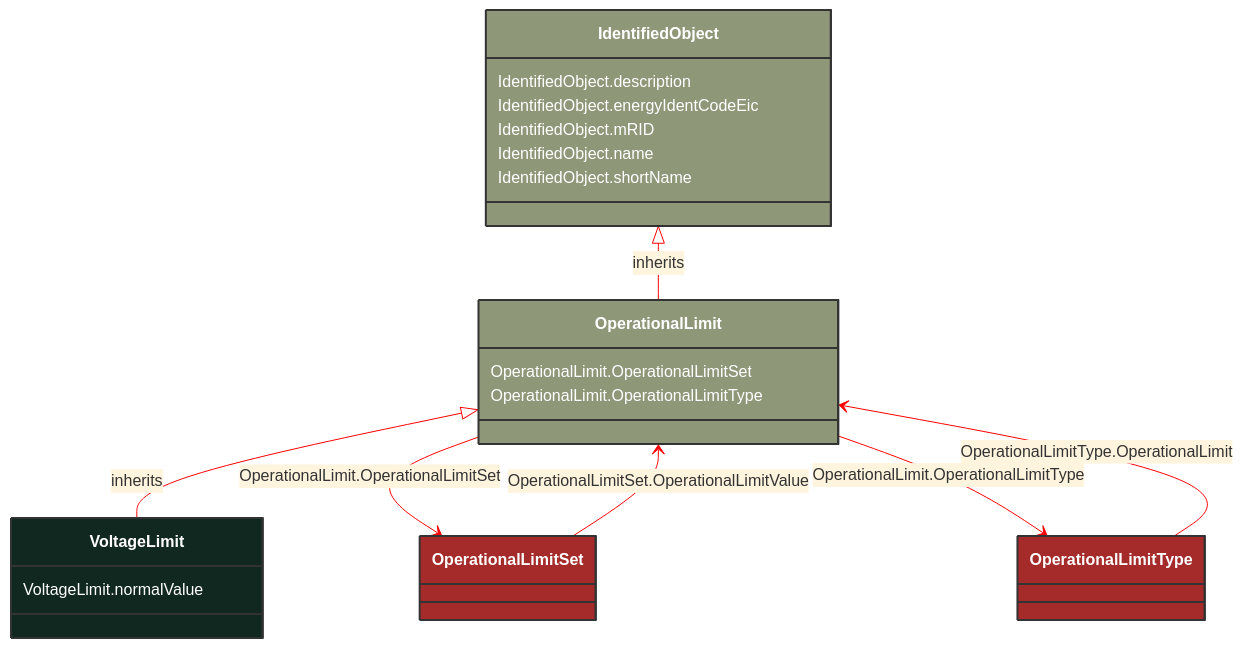
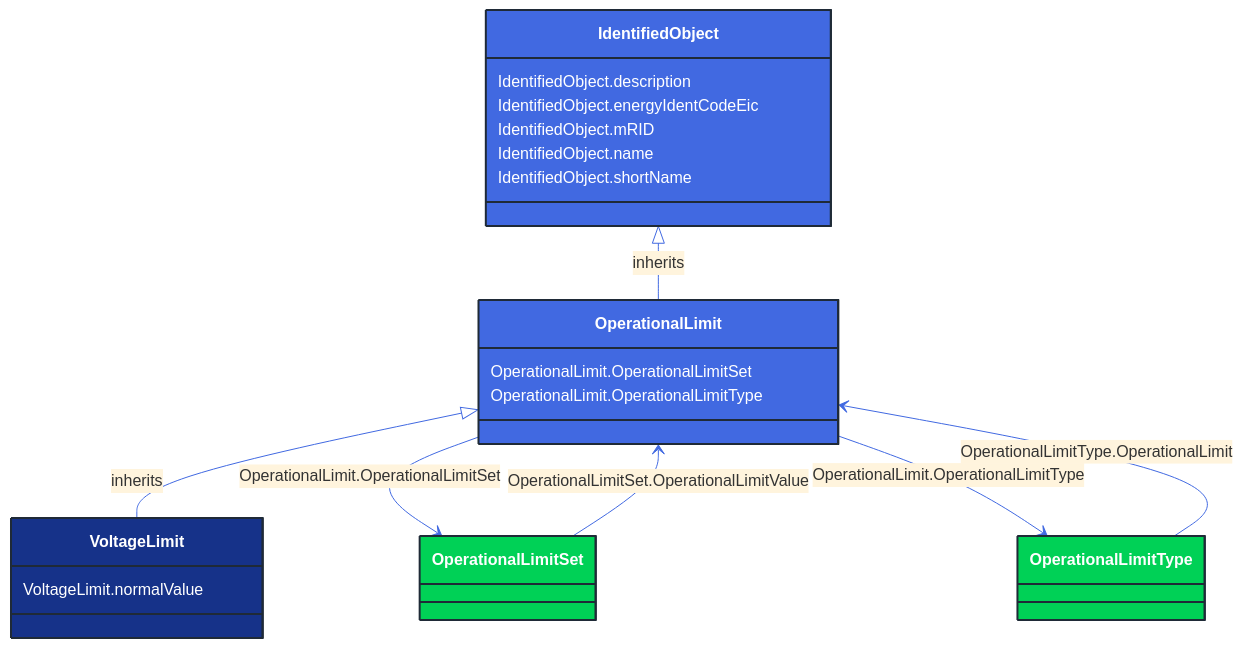
The diagram in docs/Models/Profiles/CoreEquipment/ConcreteClasses/VoltageLimit.md (3lbits/NoCIMExtensions), drawn with Mermaid before and after one commit. The commit also changed 362 other files, not shown here.

First line of the commit message:
Update diagrams and styles for improved visual consistency

````diff
--- a/docs/Models/Profiles/CoreEquipment/ConcreteClasses/VoltageLimit.md
+++ b/docs/Models/Profiles/CoreEquipment/ConcreteClasses/VoltageLimit.md
@@ -9,48 +9,48 @@
 ```mermaid
-%%{init: {'theme':'base','themeVariables': {'lineColor': '#FF0000'}}}%%
+%%{init: {'theme':'base','themeVariables': {'lineColor': '#4169E1'}}}%%
 classDiagram
     class VoltageLimit
     click VoltageLimit href "/Models/Profiles/CoreEquipment/ConcreteClasses/VoltageLimit/"
-    style VoltageLimit fill:#102820,stroke:#333,stroke-width:2px,rx:10,ry:10,color:white
+    style VoltageLimit fill:#163289,stroke:#1F2A37,stroke-width:2px,rx:10,ry:10,color:white
      
         OperationalLimit <|-- VoltageLimit : inherits
             click OperationalLimit href "/Models/Profiles/CoreEquipment/AbstractClasses/OperationalLimit/"
-            style OperationalLimit fill:#8F9779,stroke:#333,stroke-width:2px,rx:10,ry:10,color:white
+            style OperationalLimit fill:#4169E1,stroke:#1F2A37,stroke-width:2px,rx:10,ry:10,color:white
      
         IdentifiedObject <|-- OperationalLimit : inherits
             click IdentifiedObject href "/Models/Profiles/CoreEquipment/AbstractClasses/IdentifiedObject/"
-            style IdentifiedObject fill:#8F9779,stroke:#333,stroke-width:2px,rx:10,ry:10,color:white
+            style IdentifiedObject fill:#4169E1,stroke:#1F2A37,stroke-width:2px,rx:10,ry:10,color:white
 
         OperationalLimit --> OperationalLimitSet : OperationalLimit.OperationalLimitSet
 
         OperationalLimitSet
             click OperationalLimitSet href "/Models/Profiles/CoreEquipment/ConcreteClasses/OperationalLimitSet/"
-            style OperationalLimitSet fill:#A52A2A,stroke:#333,stroke-width:2px,rx:10,ry:10,color:white
+            style OperationalLimitSet fill:#00D156,stroke:#1F2A37,stroke-width:2px,rx:10,ry:10,color:white
         OperationalLimit --> OperationalLimitType : OperationalLimit.OperationalLimitType
 
         OperationalLimitType
             click OperationalLimitType href "/Models/Profiles/CoreEquipment/ConcreteClasses/OperationalLimitType/"
-            style OperationalLimitType fill:#A52A2A,stroke:#333,stroke-width:2px,rx:10,ry:10,color:white
+            style OperationalLimitType fill:#00D156,stroke:#1F2A37,stroke-width:2px,rx:10,ry:10,color:white
 
         OperationalLimitSet --> OperationalLimit : OperationalLimitSet.OperationalLimitValue
 
         OperationalLimitSet
             click OperationalLimitSet href "/Models/Profiles/CoreEquipment/ConcreteClasses/OperationalLimitSet/"
-            style OperationalLimitSet fill:#A52A2A,stroke:#333,stroke-width:2px,rx:10,ry:10,color:white
+            style OperationalLimitSet fill:#00D156,stroke:#1F2A37,stroke-width:2px,rx:10,ry:10,color:white
 
         OperationalLimitType --> OperationalLimit : OperationalLimitType.OperationalLimit
 
         OperationalLimitType
             click OperationalLimitType href "/Models/Profiles/CoreEquipment/ConcreteClasses/OperationalLimitType/"
-            style OperationalLimitType fill:#A52A2A,stroke:#333,stroke-width:2px,rx:10,ry:10,color:white
+            style OperationalLimitType fill:#00D156,stroke:#1F2A37,stroke-width:2px,rx:10,ry:10,color:white
 
 
         VoltageLimit : VoltageLimit.normalValue
         OperationalLimit : OperationalLimit.OperationalLimitSet
         OperationalLimit : OperationalLimit.OperationalLimitType
         IdentifiedObject : IdentifiedObject.description
         IdentifiedObject : IdentifiedObject.energyIdentCodeEic
         IdentifiedObject : IdentifiedObject.mRID
         IdentifiedObject : IdentifiedObject.name
         IdentifiedObject : IdentifiedObject.shortName
 ```
````
